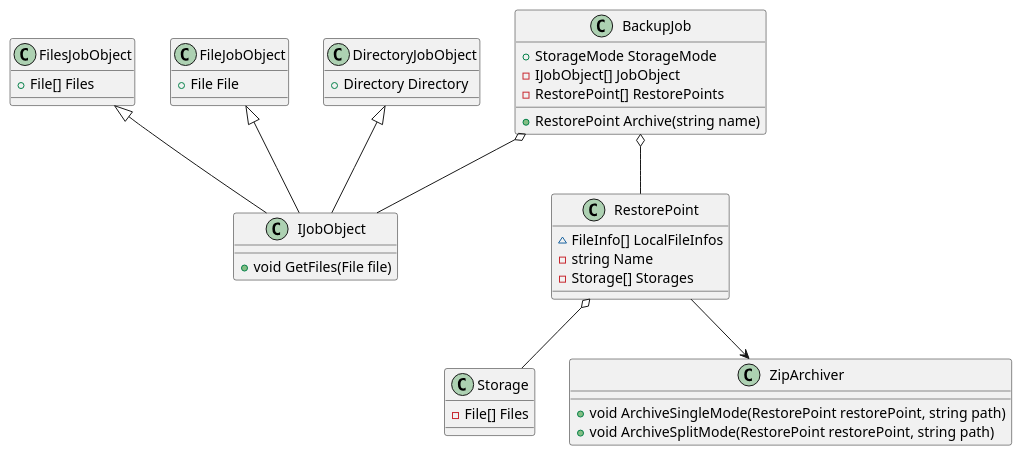
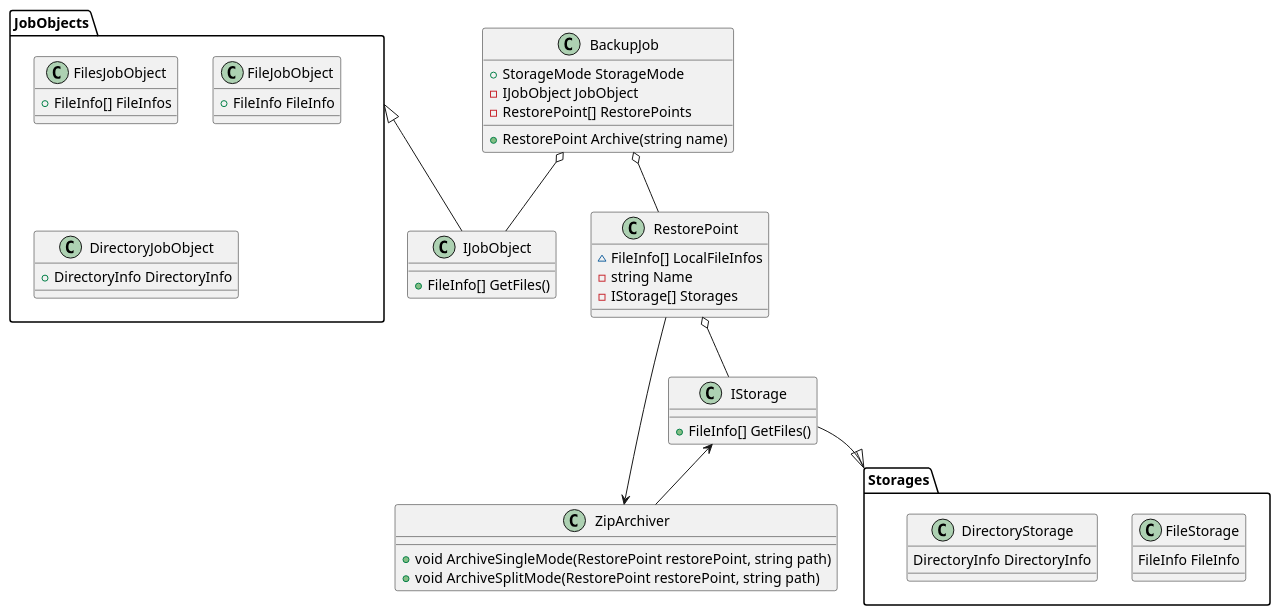
One commit to Ar4eR-ValerA/OOP.IIIsem changed the diagram in Docs/Classes.puml. Above: the diagram before and after it, drawn with PlantUML. The commit also changed 1 other file, not shown here.

Commit message:
chore: updates docs        classes uml v3.0        usecase uml v1.3a

```diff
--- a/Docs/Classes.puml
+++ b/Docs/Classes.puml
@@ -1,50 +1,63 @@
 @startuml
 
 class BackupJob {
     + StorageMode StorageMode
-    - IJobObject[] JobObject
+    - IJobObject JobObject
     - RestorePoint[] RestorePoints
     
     + RestorePoint Archive(string name)
 }
 
 class IJobObject {
-    + void GetFiles(File file)
+    + FileInfo[] GetFiles()
 }
 
-class FilesJobObject {
-    + File[] Files
-}
-
-class FileJobObject {
-    + File File
-}
-
-class DirectoryJobObject {
-    + Directory Directory
+package JobObjects {
+    class FilesJobObject {
+        + FileInfo[] FileInfos
+    }
+    
+    class FileJobObject {
+        + FileInfo FileInfo
+    }
+    
+    class DirectoryJobObject {
+        + DirectoryInfo DirectoryInfo
+    }
 }
 
 class RestorePoint {
     ~ FileInfo[] LocalFileInfos
     - string Name
-    - Storage[] Storages
+    - IStorage[] Storages
 }
 
-class Storage {
-    - File[] Files
+class IStorage {
+    + FileInfo[] GetFiles()
 }
 
 class ZipArchiver {
     + void ArchiveSingleMode(RestorePoint restorePoint, string path)
     + void ArchiveSplitMode(RestorePoint restorePoint, string path)
 }
 
+package Storages {
+    class FileStorage {
+        FileInfo FileInfo
+    }
+    
+    class DirectoryStorage {
+        DirectoryInfo DirectoryInfo
+    }
+}
+
 BackupJob o-- RestorePoint
-RestorePoint o-- Storage
+RestorePoint o-- IStorage
 BackupJob o-- IJobObject
 RestorePoint --> ZipArchiver
-FilesJobObject <|-- IJobObject
-FileJobObject <|-- IJobObject
-DirectoryJobObject <|-- IJobObject
+JobObjects <|-- IJobObject
+IStorage <-- ZipArchiver
+
+IStorage --|> Storages
 
 @enduml
```
